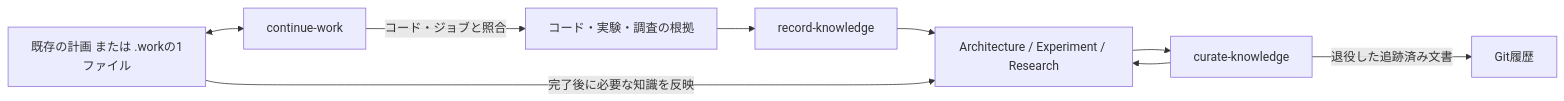
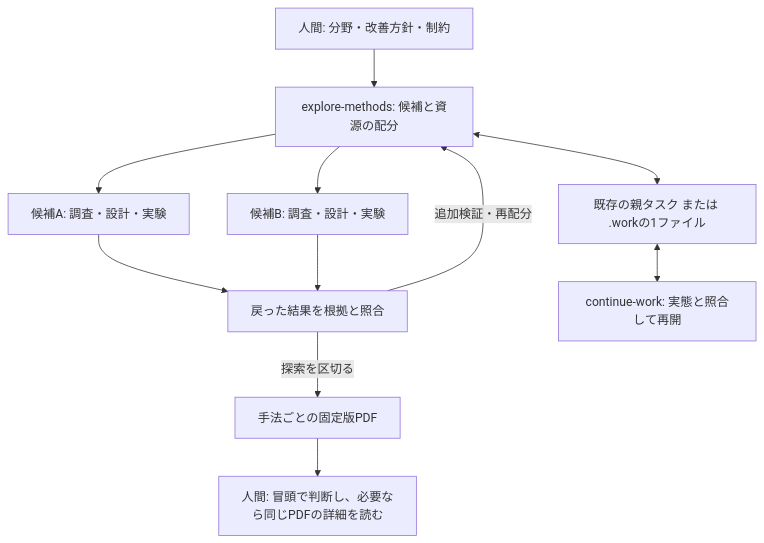
The diagram in docs/architecture.md (mdy3156/project-workflows), drawn with Mermaid before and after one commit. The commit also changed other lines of this file and 22 other files, not shown here.

````diff
--- a/docs/architecture.md
+++ b/docs/architecture.md
@@ -7,11 +7,13 @@
 ```mermaid
-flowchart LR
-    A[コード・実験・調査の根拠] --> B[record-knowledge]
-    B --> C[Architecture / Experiment / Research]
-    C --> D[curate-knowledge]
-    D --> C
-    E[既存の計画 または .workの1ファイル] <--> F[continue-work]
-    F -->|コード・ジョブと照合| A
-    E -->|完了後に必要な知識を反映| C
-    D -->|退役した追跡済み文書| G[Git履歴]
+flowchart TD
+    H[人間: 分野・改善方針・制約] --> P[explore-methods: 候補と資源の配分]
+    P --> A[候補A: 調査・設計・実験]
+    P --> B[候補B: 調査・設計・実験]
+    A --> J[戻った結果を根拠と照合]
+    B --> J
+    J -->|追加検証・再配分| P
+    J -->|探索を区切る| R[手法ごとの固定版PDF]
+    R --> U[人間: 冒頭で判断し、必要なら同じPDFの詳細を読む]
+    P <--> W[既存の親タスク または .workの1ファイル]
+    W <--> C[continue-work: 実態と照合して再開]
 ```
````
